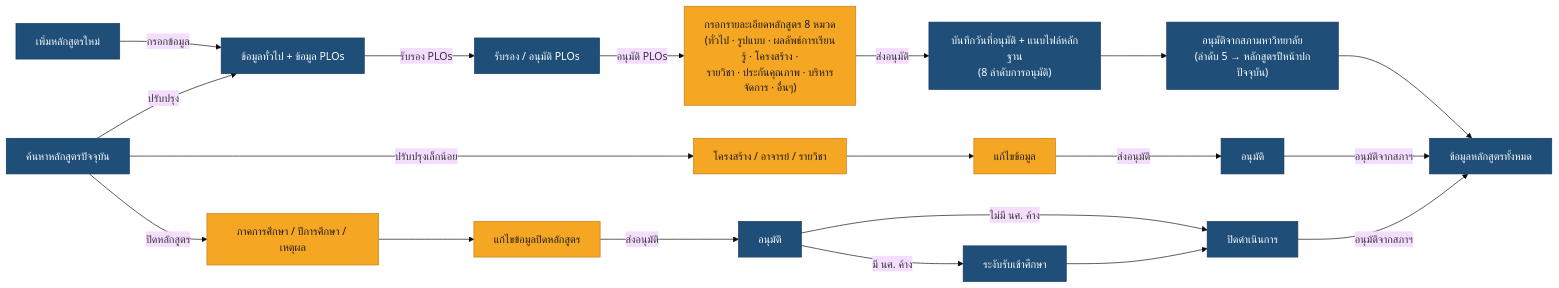
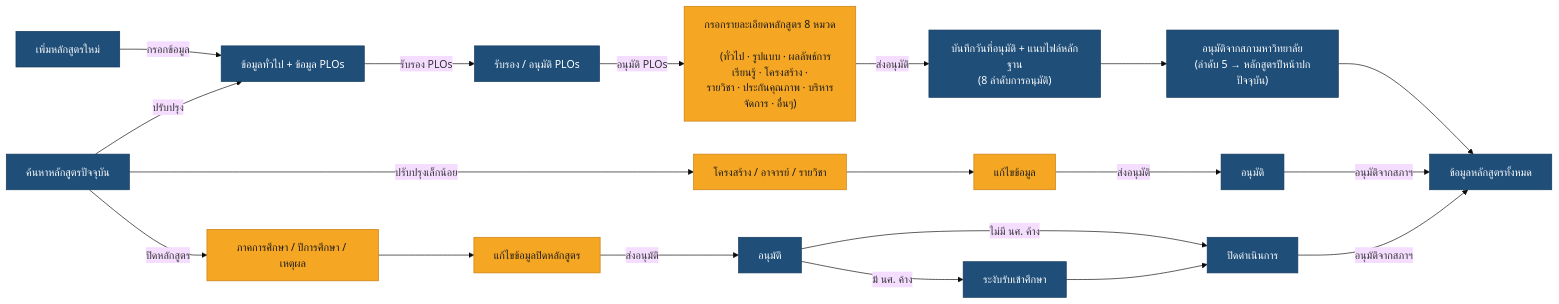
Before and after one commit to kamolchanokc/cms-user-manaul: the diagram in process-overview.md, drawn with Mermaid (base theme). The commit also changed other lines of this file, not shown here.

````diff
--- a/process-overview.md
+++ b/process-overview.md
@@ -13,51 +13,52 @@
 ```mermaid
 flowchart LR
     classDef staff fill:#F5A623,stroke:#C77C11,color:#1A1A1A;
     classDef admin fill:#1F4E79,stroke:#12395C,color:#FFFFFF;
 
     add["เพิ่มหลักสูตรใหม่"]:::admin
     find["ค้นหาหลักสูตรปัจจุบัน"]:::admin
 
     plo["ข้อมูลทั่วไป + ข้อมูล PLOs"]:::admin
     ploOK["รับรอง / อนุมัติ PLOs"]:::admin
 
-    detail["กรอกรายละเอียดหลักสูตร 8 หมวด<br/>(ทั่วไป · รูปแบบ · ผลลัพธ์การเรียนรู้ · โครงสร้าง ·<br/>รายวิชา · ประกันคุณภาพ · บริหารจัดการ · อื่นๆ)"]:::staff
+    detail["กรอกรายละเอียดหลักสูตร 8 หมวด<br/>
+    (ทั่วไป · รูปแบบ · ผลลัพธ์การเรียนรู้ · โครงสร้าง ·<br/>รายวิชา · ประกันคุณภาพ · บริหารจัดการ · อื่นๆ)"]:::staff
 
     approve["บันทึกวันที่อนุมัติ + แนบไฟล์หลักฐาน<br/>(8 ลำดับการอนุมัติ)"]:::admin
     council["อนุมัติจากสภามหาวิทยาลัย<br/>(ลำดับ 5 → หลักสูตรปีหน้าปกปัจจุบัน)"]:::admin
     allc["ข้อมูลหลักสูตรทั้งหมด"]:::admin
 
     minorSrc["โครงสร้าง / อาจารย์ / รายวิชา"]:::staff
     minorEdit["แก้ไขข้อมูล"]:::staff
     minorOK["อนุมัติ"]:::admin
 
     closeSrc["ภาคการศึกษา / ปีการศึกษา / เหตุผล"]:::staff
     closeEdit["แก้ไขข้อมูลปิดหลักสูตร"]:::staff
     closeOK["อนุมัติ"]:::admin
     suspend["ระงับรับเข้าศึกษา"]:::admin
     closed["ปิดดำเนินการ"]:::admin
 
     %% เส้นทางหลัก: เพิ่ม / ปรับปรุง
     add -->|กรอกข้อมูล| plo
     find -->|ปรับปรุง| plo
     plo -->|รับรอง PLOs| ploOK
     ploOK -->|อนุมัติ PLOs| detail
     detail -->|ส่งอนุมัติ| approve
     approve --> council
     council --> allc
 
     %% ปรับปรุงเล็กน้อย
     find -->|ปรับปรุงเล็กน้อย| minorSrc
     minorSrc --> minorEdit
     minorEdit -->|ส่งอนุมัติ| minorOK
     minorOK -->|อนุมัติจากสภาฯ| allc
 
     %% ปิดหลักสูตร
     find -->|ปิดหลักสูตร| closeSrc
     closeSrc --> closeEdit
     closeEdit -->|ส่งอนุมัติ| closeOK
     closeOK -->|"ไม่มี นศ. ค้าง"| closed
     closeOK -->|"มี นศ. ค้าง"| suspend
     suspend --> closed
     closed -->|อนุมัติจากสภาฯ| allc
 ```
````
